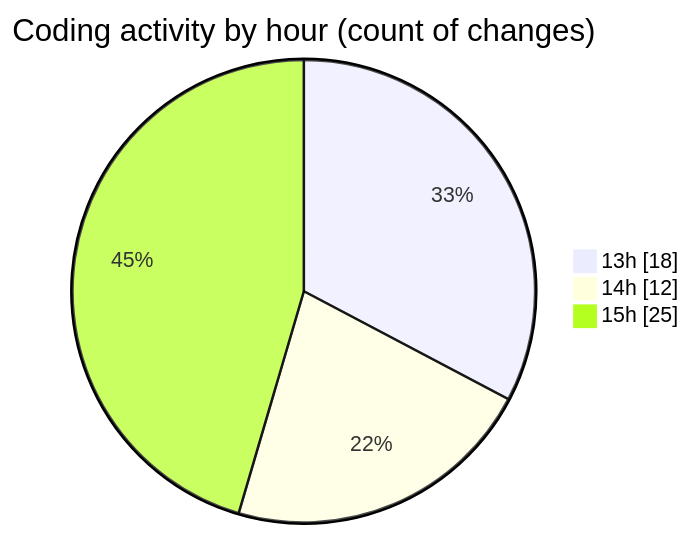
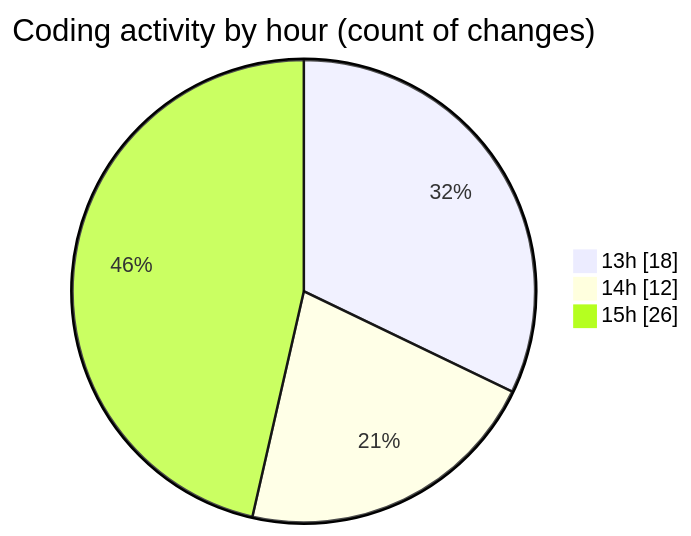
One commit to idhammustaqopulfikri/code-tracking changed the second of 2 diagrams in 2025-06-16/studio-backend/README.md. Above: the diagram before and after it, drawn with Mermaid. The commit also changed other lines of this file and 1 other file, not shown here.

````diff
--- a/2025-06-16/studio-backend/README.md
+++ b/2025-06-16/studio-backend/README.md
@@ -39,7 +39,7 @@
 ```mermaid
 pie showData
 title Coding activity by hour (count of changes)
 "13h" : 18
 "14h" : 12
-"15h" : 25
+"15h" : 26
 ```
````
